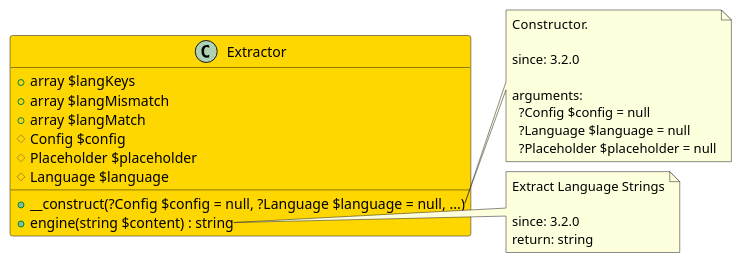
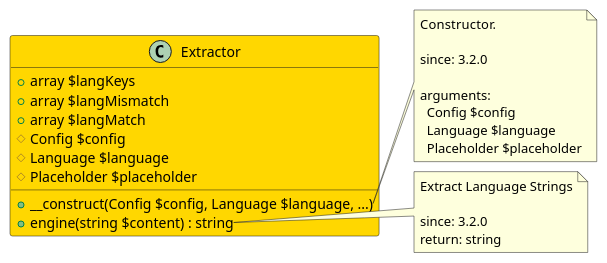
Before and after one commit to joomengine/jcb-compiler: the diagram in src/d33b9278-c409-4aec-a047-b72f56712391/README.md, drawn with PlantUML. The commit also changed 725 other files, not shown here.

````diff
--- a/src/d33b9278-c409-4aec-a047-b72f56712391/README.md
+++ b/src/d33b9278-c409-4aec-a047-b72f56712391/README.md
@@ -11,33 +11,33 @@
 ```uml
 @startuml
 class Extractor  #Gold {
   + array $langKeys
   + array $langMismatch
   + array $langMatch
   # Config $config
+  # Language $language
   # Placeholder $placeholder
-  # Language $language
-  + __construct(?Config $config = null, ?Language $language = null, ...)
+  + __construct(Config $config, Language $language, ...)
   + engine(string $content) : string
 }
 
 note right of Extractor::__construct
   Constructor.
 
   since: 3.2.0
   
   arguments:
-    ?Config $config = null
-    ?Language $language = null
-    ?Placeholder $placeholder = null
+    Config $config
+    Language $language
+    Placeholder $placeholder
 end note
 
 note right of Extractor::engine
   Extract Language Strings
 
   since: 3.2.0
   return: string
 end note
  
 @enduml
 ```
````
